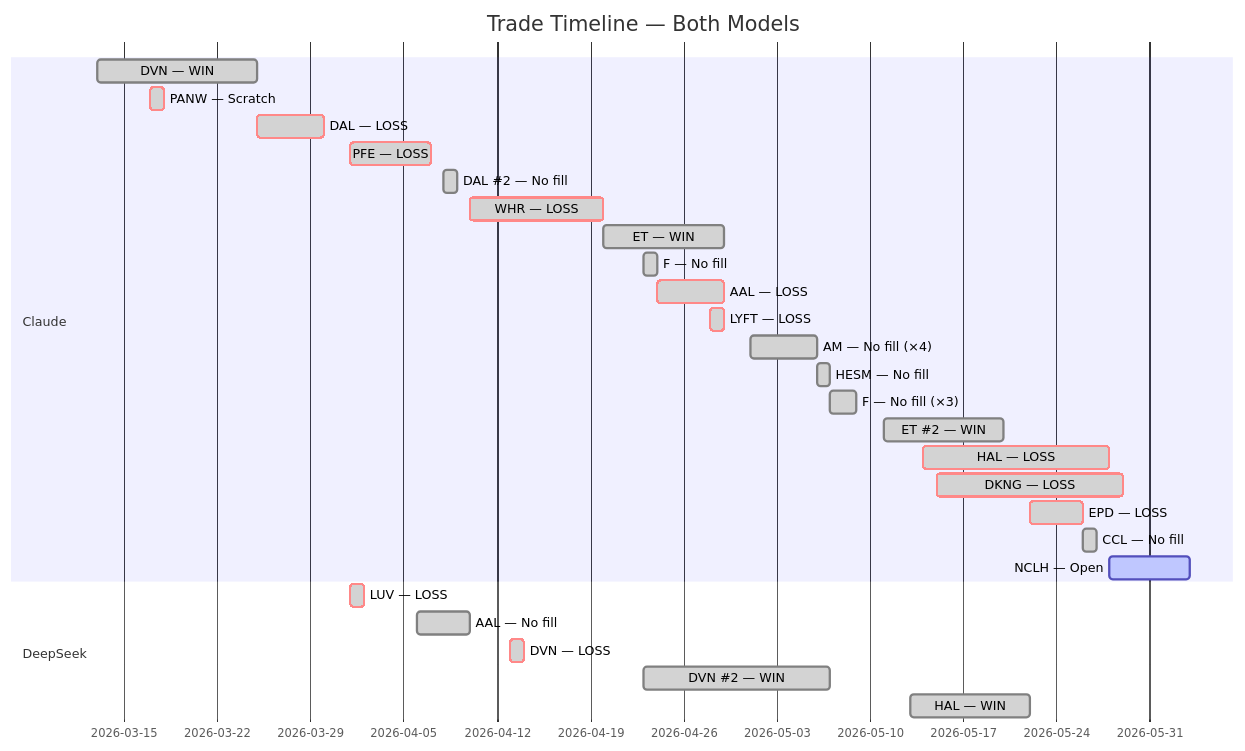
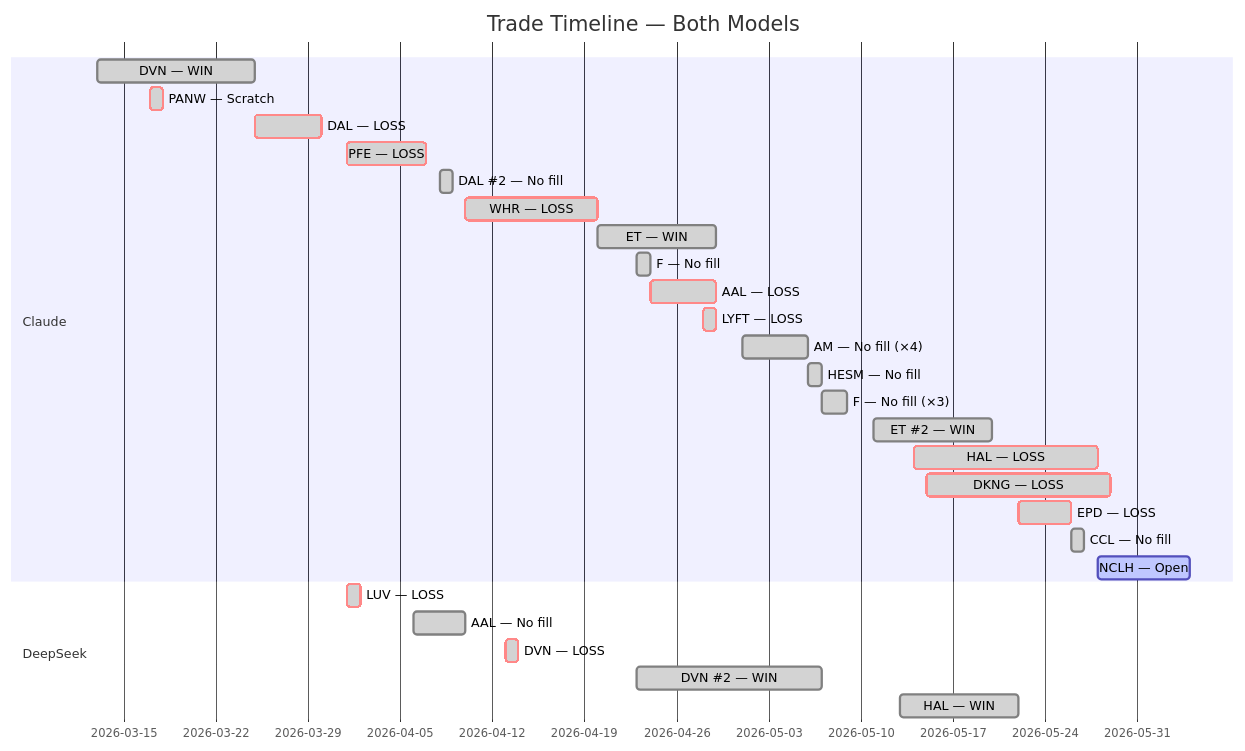
One commit to zachisit/ai-auto-buy-thesis changed the fifth of 5 diagrams in README.md. Above: the diagram before and after it, drawn with Mermaid. The commit also changed other lines of this file and 2 other files, not shown here.

Commit message:
Update README and add session logs for 6/4 — NCLH Day 7 surging on House war-powers vote, VALE buy stop save #8+

````diff
--- a/README.md
+++ b/README.md
@@ -63,31 +63,31 @@
 ```mermaid
 gantt
     title Trade Timeline — Both Models
     dateFormat YYYY-MM-DD
     section Claude
     DVN — WIN            :done,    2026-03-13, 2026-03-25
     PANW — Scratch       :crit, done, 2026-03-17, 2026-03-18
     DAL — LOSS           :crit, done, 2026-03-25, 2026-03-30
     PFE — LOSS           :crit, done, 2026-04-01, 2026-04-07
     DAL #2 — No fill     :done,    2026-04-08, 2026-04-09
     WHR — LOSS           :crit, done, 2026-04-10, 2026-04-20
     ET — WIN             :done,    2026-04-20, 2026-04-29
     F — No fill          :done,    2026-04-23, 2026-04-24
     AAL — LOSS           :crit, done, 2026-04-24, 2026-04-29
     LYFT — LOSS          :crit, done, 2026-04-28, 2026-04-29
     AM — No fill (×4)    :done,    2026-05-01, 2026-05-06
     HESM — No fill       :done,    2026-05-06, 2026-05-07
     F — No fill (×3)     :done,    2026-05-07, 2026-05-09
     ET #2 — WIN          :done,    2026-05-11, 2026-05-20
     HAL — LOSS           :crit, done, 2026-05-14, 2026-05-28
     DKNG — LOSS          :crit, done, 2026-05-15, 2026-05-29
     EPD — LOSS           :crit, done, 2026-05-22, 2026-05-26
     CCL — No fill        :done,    2026-05-26, 2026-05-27
-    NCLH — Open          :active,  2026-05-28, 2026-06-03
+    NCLH — Open          :active,  2026-05-28, 2026-06-04
     section DeepSeek
     LUV — LOSS           :crit, done, 2026-04-01, 2026-04-02
     AAL — No fill        :done,    2026-04-06, 2026-04-10
     DVN — LOSS           :crit, done, 2026-04-13, 2026-04-14
     DVN #2 — WIN         :done,    2026-04-23, 2026-05-07
     HAL — WIN            :done,    2026-05-13, 2026-05-22
 ```
````
